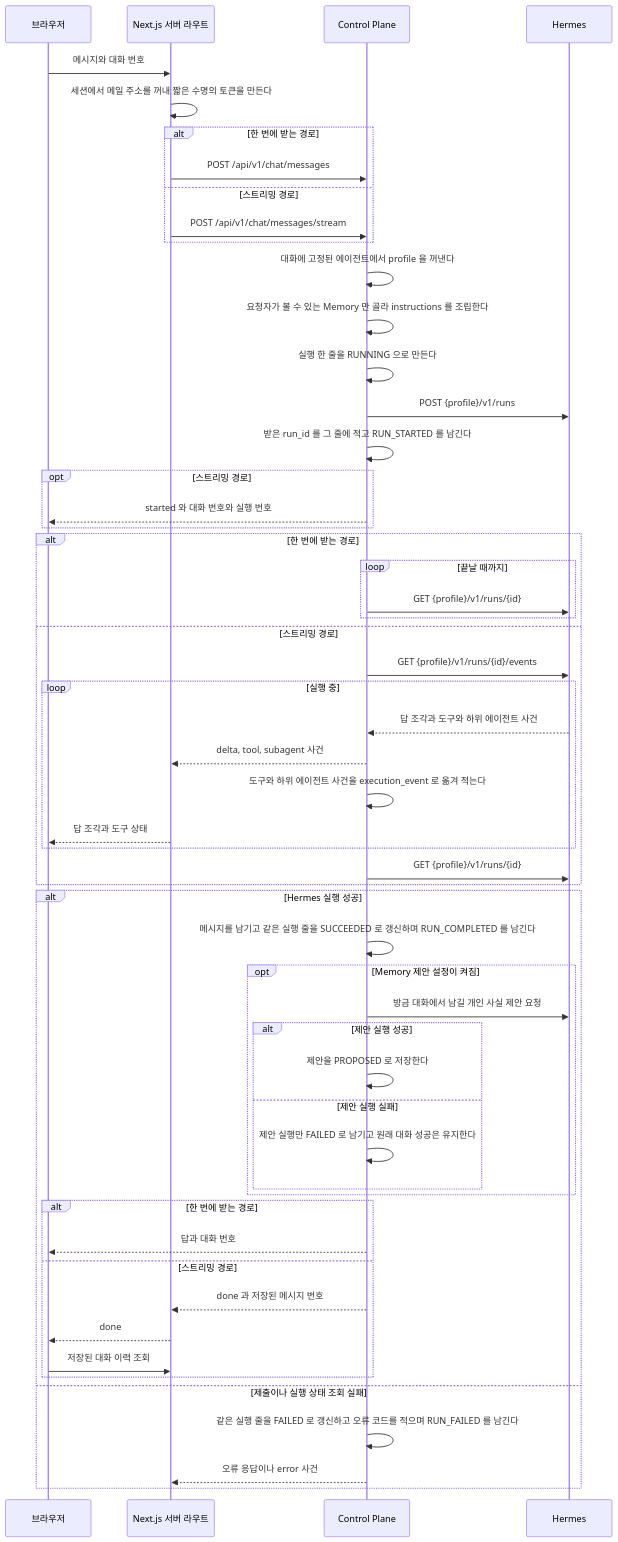
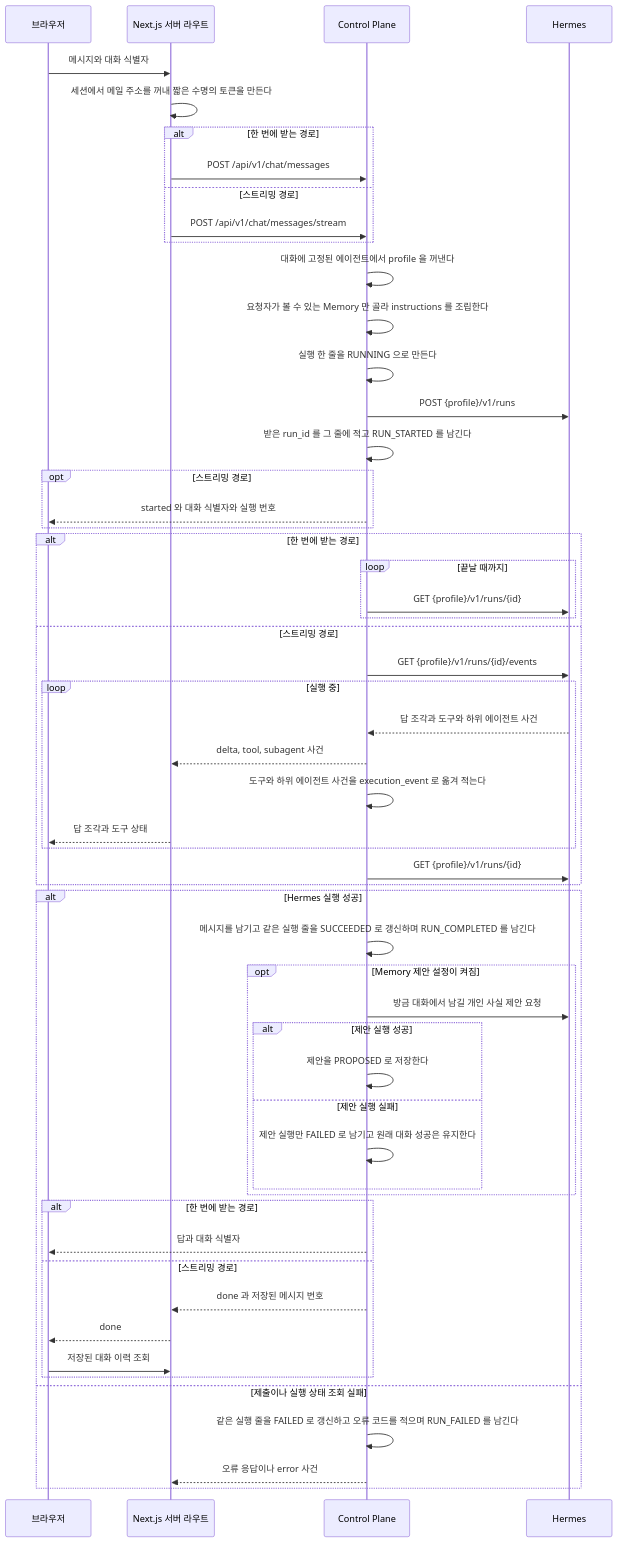
Before and after one commit to jon890/fos-assistant: the sixth of 14 diagrams in docs/flow.md, drawn with Mermaid. The commit also changed other lines of this file and 4 other files, not shown here.

````diff
--- a/docs/flow.md
+++ b/docs/flow.md
@@ -239,58 +239,58 @@
 ```mermaid
 sequenceDiagram
     participant B as 브라우저
     participant W as Next.js 서버 라우트
     participant C as Control Plane
     participant H as Hermes
 
-    B->>W: 메시지와 대화 번호
+    B->>W: 메시지와 대화 식별자
     W->>W: 세션에서 메일 주소를 꺼내 짧은 수명의 토큰을 만든다
     alt 한 번에 받는 경로
         W->>C: POST /api/v1/chat/messages
     else 스트리밍 경로
         W->>C: POST /api/v1/chat/messages/stream
     end
     C->>C: 대화에 고정된 에이전트에서 profile 을 꺼낸다
     C->>C: 요청자가 볼 수 있는 Memory 만 골라 instructions 를 조립한다
     C->>C: 실행 한 줄을 RUNNING 으로 만든다
     C->>H: POST {profile}/v1/runs
     C->>C: 받은 run_id 를 그 줄에 적고 RUN_STARTED 를 남긴다
     opt 스트리밍 경로
-        C-->>B: started 와 대화 번호와 실행 번호
+        C-->>B: started 와 대화 식별자와 실행 번호
     end
     alt 한 번에 받는 경로
         loop 끝날 때까지
             C->>H: GET {profile}/v1/runs/{id}
         end
     else 스트리밍 경로
         C->>H: GET {profile}/v1/runs/{id}/events
         loop 실행 중
             H-->>C: 답 조각과 도구와 하위 에이전트 사건
             C-->>W: delta, tool, subagent 사건
             C->>C: 도구와 하위 에이전트 사건을 execution_event 로 옮겨 적는다
             W-->>B: 답 조각과 도구 상태
         end
         C->>H: GET {profile}/v1/runs/{id}
     end
     alt Hermes 실행 성공
         C->>C: 메시지를 남기고 같은 실행 줄을 SUCCEEDED 로 갱신하며 RUN_COMPLETED 를 남긴다
         opt Memory 제안 설정이 켜짐
             C->>H: 방금 대화에서 남길 개인 사실 제안 요청
             alt 제안 실행 성공
                 C->>C: 제안을 PROPOSED 로 저장한다
             else 제안 실행 실패
                 C->>C: 제안 실행만 FAILED 로 남기고 원래 대화 성공은 유지한다
             end
         end
         alt 한 번에 받는 경로
-            C-->>B: 답과 대화 번호
+            C-->>B: 답과 대화 식별자
         else 스트리밍 경로
             C-->>W: done 과 저장된 메시지 번호
             W-->>B: done
             B->>W: 저장된 대화 이력 조회
         end
     else 제출이나 실행 상태 조회 실패
         C->>C: 같은 실행 줄을 FAILED 로 갱신하고 오류 코드를 적으며 RUN_FAILED 를 남긴다
         C-->>W: 오류 응답이나 error 사건
     end
 ```
````
